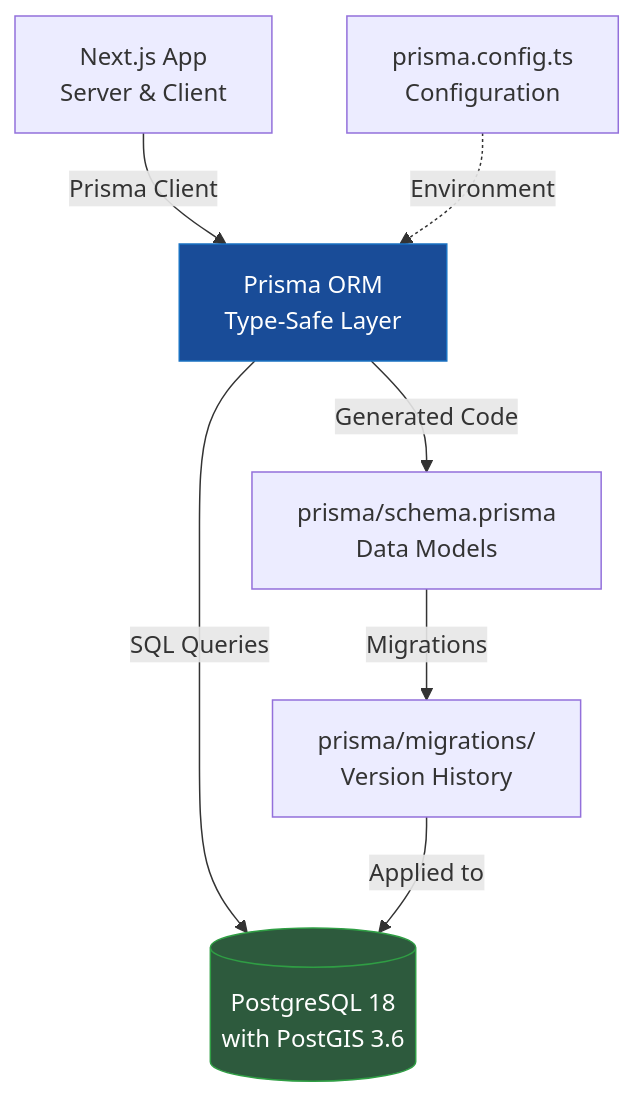
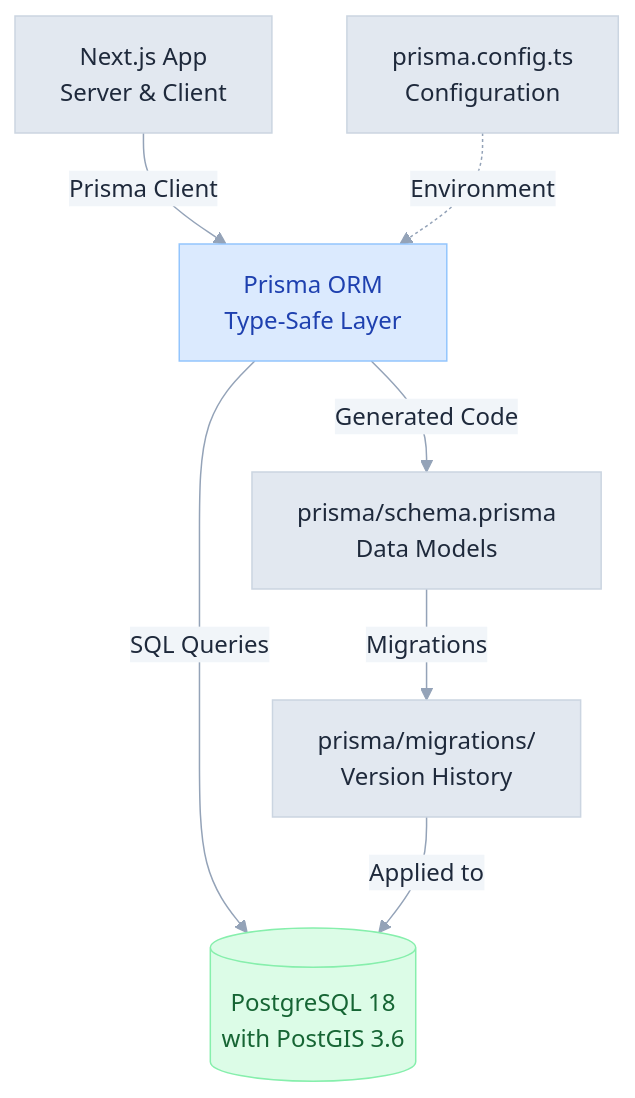
Before and after one commit to 3DHDSoft/devmultiplier-academy: the first of 2 diagrams in doc/prisma-introduction.md, drawn with Mermaid. The commit also changed other lines of this file and 19 other files, not shown here.

````diff
--- a/doc/prisma-introduction.md
+++ b/doc/prisma-introduction.md
@@ -8,14 +8,24 @@
 ```mermaid
-graph TD
+%%{init: {'theme': 'base', 'themeVariables': {
+  'primaryColor': '#e2e8f0',
+  'primaryTextColor': '#1e293b',
+  'primaryBorderColor': '#cbd5e1',
+  'lineColor': '#94a3b8',
+  'secondaryColor': '#f1f5f9',
+  'tertiaryColor': '#f8fafc',
+  'background': '#ffffff',
+  'textColor': '#334155',
+  'fontFamily': 'system-ui, -apple-system, sans-serif'
+}}}%%graph TD
     App["Next.js App<br/>Server & Client"] -->|Prisma Client| PrismaLib["Prisma ORM<br/>Type-Safe Layer"]
     PrismaLib -->|Generated Code| Schema["prisma/schema.prisma<br/>Data Models"]
     PrismaLib -->|SQL Queries| DB[("PostgreSQL 18<br/>with PostGIS 3.6")]
 
     Schema -->|Migrations| Migrations["prisma/migrations/<br/>Version History"]
     Migrations -->|Applied to| DB
 
     Config["prisma.config.ts<br/>Configuration"] -.->|Environment| PrismaLib
 
-    style PrismaLib fill:#194c98,stroke:#1971c2,color:#fff
-    style DB fill:#2d5a3d,stroke:#2f9e44,color:#fff
+    style PrismaLib fill:#dbeafe,stroke:#93c5fd,color:#1e40af
+    style DB fill:#dcfce7,stroke:#86efac,color:#166534
 ```
````
